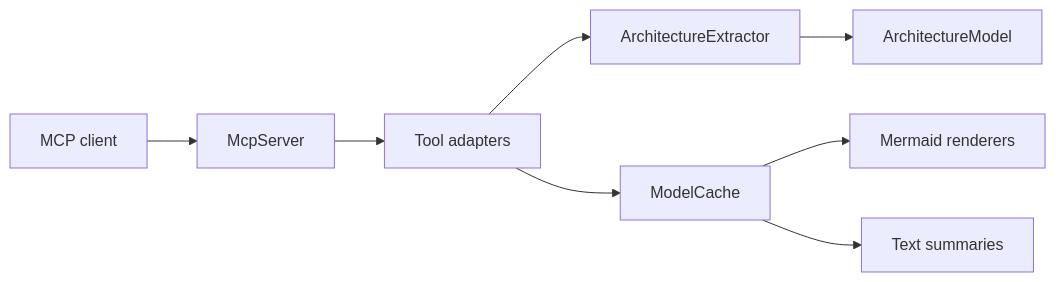
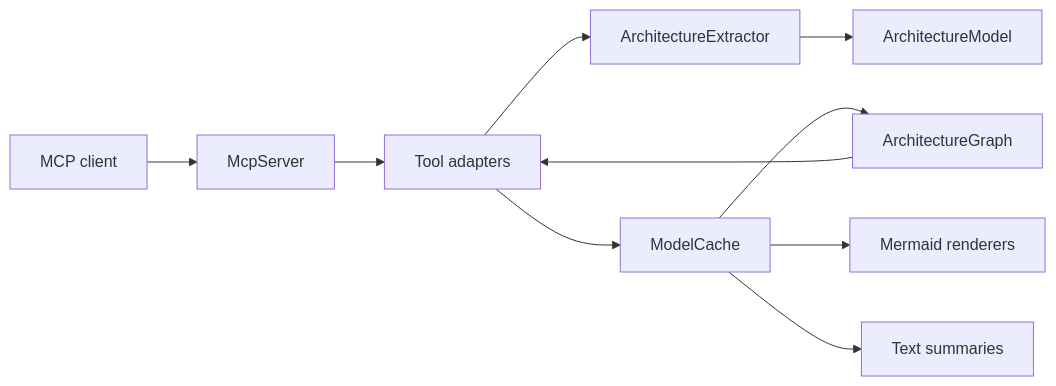
One commit to DerPate/archlens changed the diagram in docs/ARCHITECTURE.md. Above: the diagram before and after it, drawn with Mermaid. The commit also changed other lines of this file and 13 other files, not shown here.

Commit message:
Add graph-based POC export

````diff
--- a/docs/ARCHITECTURE.md
+++ b/docs/ARCHITECTURE.md
@@ -44,10 +51,12 @@
 ```mermaid
 flowchart LR
     Client["MCP client"] --> Server["McpServer"]
     Server --> Tools["Tool adapters"]
     Tools --> Extractor["ArchitectureExtractor"]
     Extractor --> Model["ArchitectureModel"]
     Tools --> Cache["ModelCache"]
+    Cache --> Graph["ArchitectureGraph"]
     Cache --> Renderers["Mermaid renderers"]
     Cache --> Explain["Text summaries"]
+    Graph --> Tools
 ```
````
